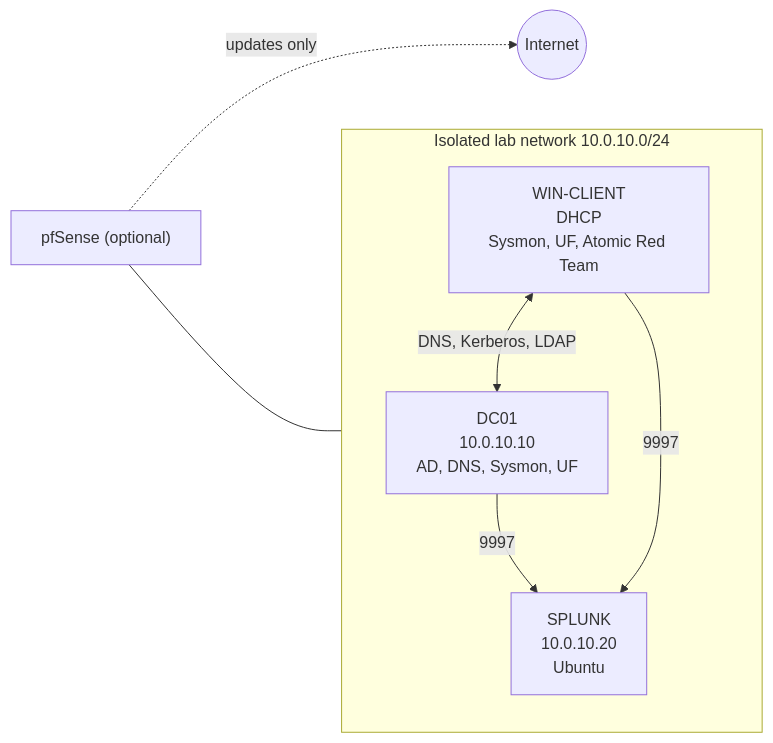
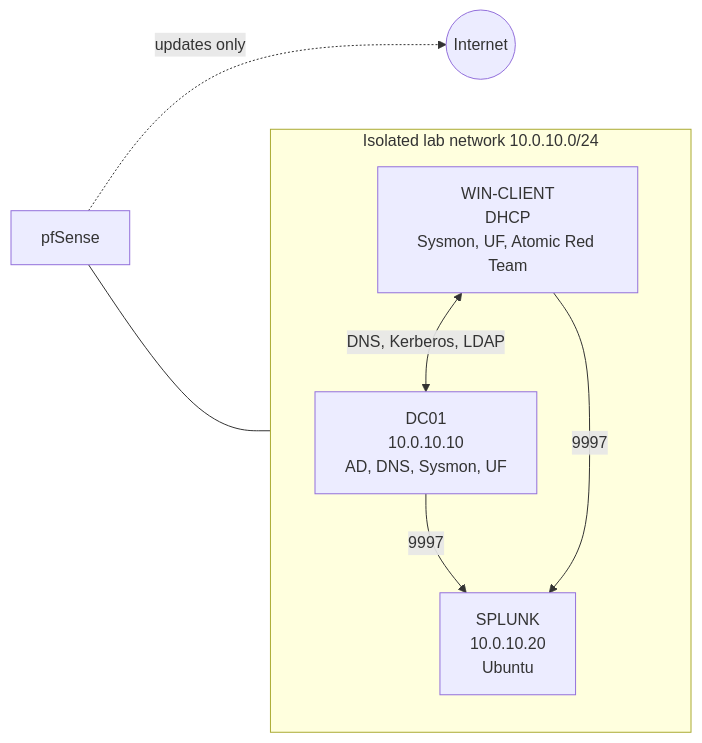
One commit to WetSoupInc/detection-engineering-lab changed the diagram in README.md. Above: the diagram before and after it, drawn with Mermaid. The commit also changed other lines of this file, not shown here.

Commit message:
Remove 'optional' from pfSense references in README

````diff
--- a/README.md
+++ b/README.md
@@ -18,13 +18,13 @@
 ```mermaid
 flowchart LR
   subgraph Lab["Isolated lab network 10.0.10.0/24"]
     DC["DC01<br/>10.0.10.10<br/>AD, DNS, Sysmon, UF"]
     CL["WIN-CLIENT<br/>DHCP<br/>Sysmon, UF, Atomic Red Team"]
     SP["SPLUNK<br/>10.0.10.20<br/>Ubuntu"]
     CL <-->|DNS, Kerberos, LDAP| DC
     DC -->|9997| SP
     CL -->|9997| SP
   end
-  GW["pfSense (optional)"] -.->|updates only| NET((Internet))
+  GW["pfSense"] -.->|updates only| NET((Internet))
   GW --- Lab
 ```
````
